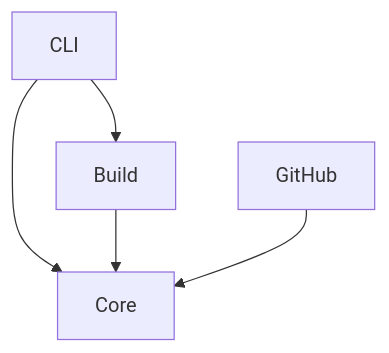
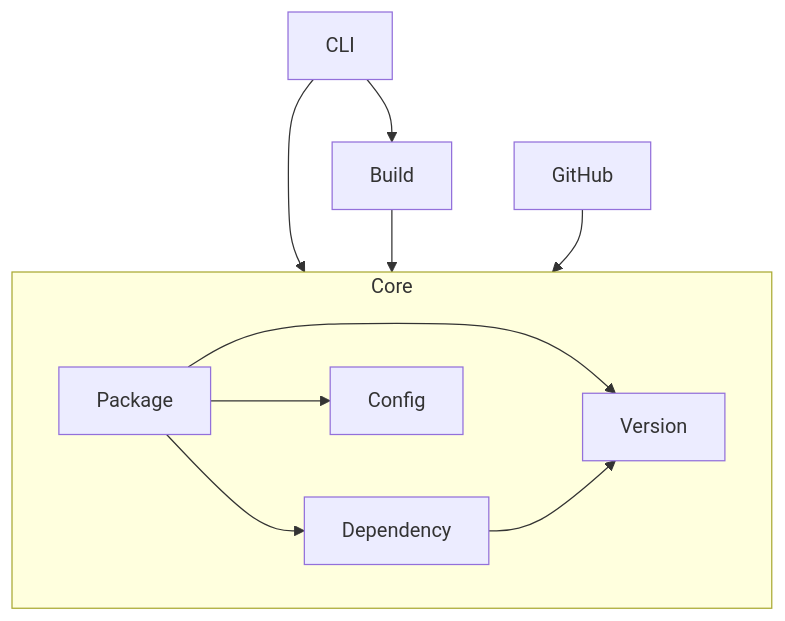
One commit to igutekunst/clydepm changed the diagram in docs/docs/architecture/code-organization.md. Above: the diagram before and after it, drawn with Mermaid. The commit also changed other lines of this file and 8 other files, not shown here.

````diff
--- a/docs/docs/architecture/code-organization.md
+++ b/docs/docs/architecture/code-organization.md
@@ -67,7 +97,14 @@
    ```mermaid
    graph TD
        CLI --> Core
        CLI --> Build
        Build --> Core
        GitHub --> Core
+       
+       subgraph Core
+           Package --> Version
+           Package --> Dependency
+           Package --> Config
+           Dependency --> Version
+       end
    ```
````
